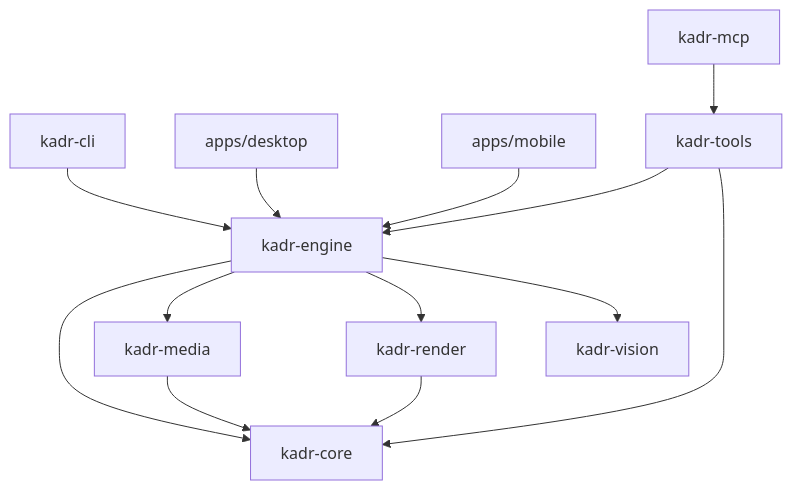
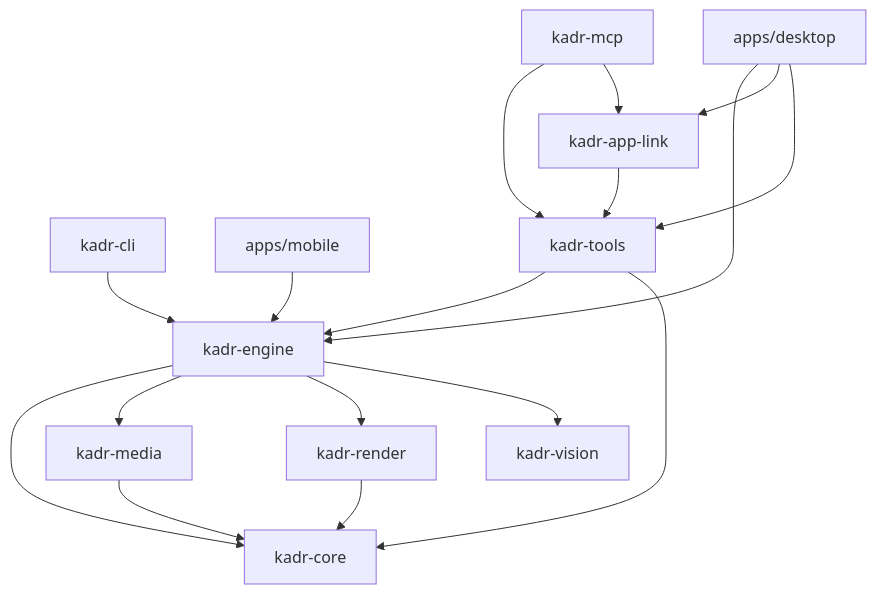
Before and after one commit to noasman971/kadr: the first of 3 diagrams in docs/architecture.md, drawn with Mermaid. The commit also changed other lines of this file and 9 other files, not shown here.

````diff
--- a/docs/architecture.md
+++ b/docs/architecture.md
@@ -33,15 +36,19 @@
 ```mermaid
 flowchart TD
     cli[kadr-cli] --> engine[kadr-engine]
     desktop[apps/desktop] --> engine
     mobile[apps/mobile] --> engine
     mcp[kadr-mcp] --> tools[kadr-tools]
+    mcp --> link[kadr-app-link]
+    desktop --> link
+    desktop --> tools
+    link --> tools
     tools --> engine
     tools --> core[kadr-core]
     engine --> core
     engine --> media[kadr-media]
     engine --> render[kadr-render]
     engine --> vision[kadr-vision]
     media --> core
     render --> core
 ```
````
